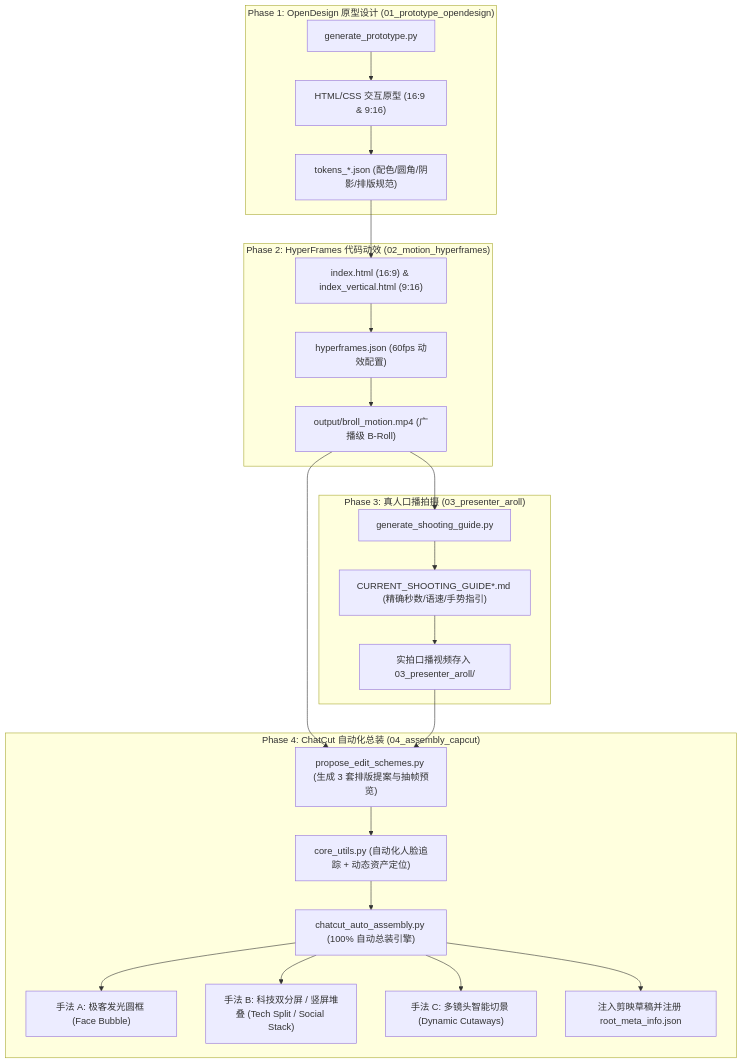
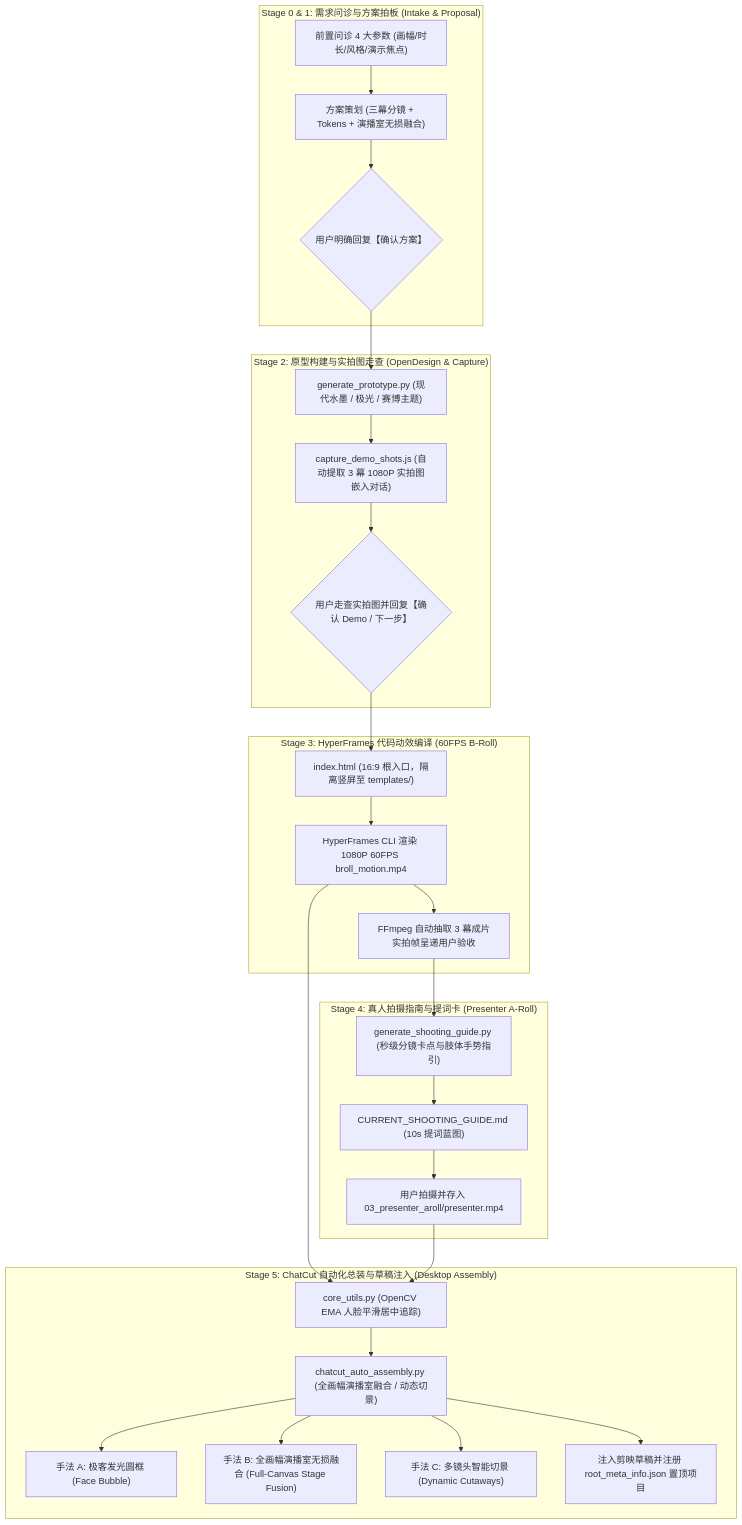
Before and after one commit to Bruceqiu67/hyper-presenter-studio: the diagram in ARCHITECTURE.md, drawn with Mermaid. The commit also changed other lines of this file and 98 other files, not shown here.

First line of the commit message:
feat(studio): industrialize 5-stage co-director workflow, ink-wash design system & automated assembly

````diff
--- a/ARCHITECTURE.md
+++ b/ARCHITECTURE.md
@@ -21,29 +21,34 @@
 ```mermaid
 flowchart TD
-    subgraph P1["Phase 1: OpenDesign 原型设计 (01_prototype_opendesign)"]
-        A1["generate_prototype.py"] --> A2["HTML/CSS 交互原型 (16:9 & 9:16)"]
-        A2 --> A3["tokens_*.json (配色/圆角/阴影/排版规范)"]
+    subgraph S0["Stage 0 & 1: 需求问诊与方案拍板 (Intake & Proposal)"]
+        I1["前置问诊 4 大参数 (画幅/时长/风格/演示焦点)"] --> I2["方案策划 (三幕分镜 + Tokens + 演播室无损融合)"]
+        I2 --> I3{"用户明确回复【确认方案】"}
     end
 
-    subgraph P2["Phase 2: HyperFrames 代码动效 (02_motion_hyperframes)"]
-        A3 --> B1["index.html (16:9) & index_vertical.html (9:16)"]
-        B1 --> B2["hyperframes.json (60fps 动效配置)"]
-        B2 --> B3["output/broll_motion.mp4 (广播级 B-Roll)"]
+    subgraph S2["Stage 2: 原型构建与实拍图走查 (OpenDesign & Capture)"]
+        I3 --> A1["generate_prototype.py (现代水墨 / 极光 / 赛博主题)"]
+        A1 --> A2["capture_demo_shots.js (自动提取 3 幕 1080P 实拍图嵌入对话)"]
+        A2 --> A3{"用户走查实拍图并回复【确认 Demo / 下一步】"}
     end
 
-    subgraph P3["Phase 3: 真人口播拍摄 (03_presenter_aroll)"]
-        B3 --> C1["generate_shooting_guide.py"]
-        C1 --> C2["CURRENT_SHOOTING_GUIDE*.md (精确秒数/语速/手势指引)"]
-        C2 --> C3["实拍口播视频存入 03_presenter_aroll/"]
+    subgraph S3["Stage 3: HyperFrames 代码动效编译 (60FPS B-Roll)"]
+        A3 --> B1["index.html (16:9 根入口，隔离竖屏至 templates/)"]
+        B1 --> B2["HyperFrames CLI 渲染 1080P 60FPS broll_motion.mp4"]
+        B2 --> B3["FFmpeg 自动抽取 3 幕成片实拍帧呈递用户验收"]
     end
 
-    subgraph P4["Phase 4: ChatCut 自动化总装 (04_assembly_capcut)"]
-        B3 & C3 --> D1["propose_edit_schemes.py (生成 3 套排版提案与抽帧预览)"]
-        D1 --> D2["core_utils.py (自动化人脸追踪 + 动态资产定位)"]
-        D2 --> D3["chatcut_auto_assembly.py (100% 自动总装引擎)"]
-        D3 --> E1["手法 A: 极客发光圆框 (Face Bubble)"]
-        D3 --> E2["手法 B: 科技双分屏 / 竖屏堆叠 (Tech Split / Social Stack)"]
-        D3 --> E3["手法 C: 多镜头智能切景 (Dynamic Cutaways)"]
-        D3 --> E4["注入剪映草稿并注册 root_meta_info.json"]
+    subgraph S4["Stage 4: 真人拍摄指南与提词卡 (Presenter A-Roll)"]
+        B3 --> C1["generate_shooting_guide.py (秒级分镜卡点与肢体手势指引)"]
+        C1 --> C2["CURRENT_SHOOTING_GUIDE.md (10s 提词蓝图)"]
+        C2 --> C3["用户拍摄并存入 03_presenter_aroll/presenter.mp4"]
+    end
+
+    subgraph S5["Stage 5: ChatCut 自动化总装与草稿注入 (Desktop Assembly)"]
+        B2 & C3 --> D1["core_utils.py (OpenCV EMA 人脸平滑居中追踪)"]
+        D1 --> D2["chatcut_auto_assembly.py (全画幅演播室融合 / 动态切景)"]
+        D2 --> E1["手法 A: 极客发光圆框 (Face Bubble)"]
+        D2 --> E2["手法 B: 全画幅演播室无损融合 (Full-Canvas Stage Fusion)"]
+        D2 --> E3["手法 C: 多镜头智能切景 (Dynamic Cutaways)"]
+        D2 --> E4["注入剪映草稿并注册 root_meta_info.json 置顶项目"]
     end
 ```
````
